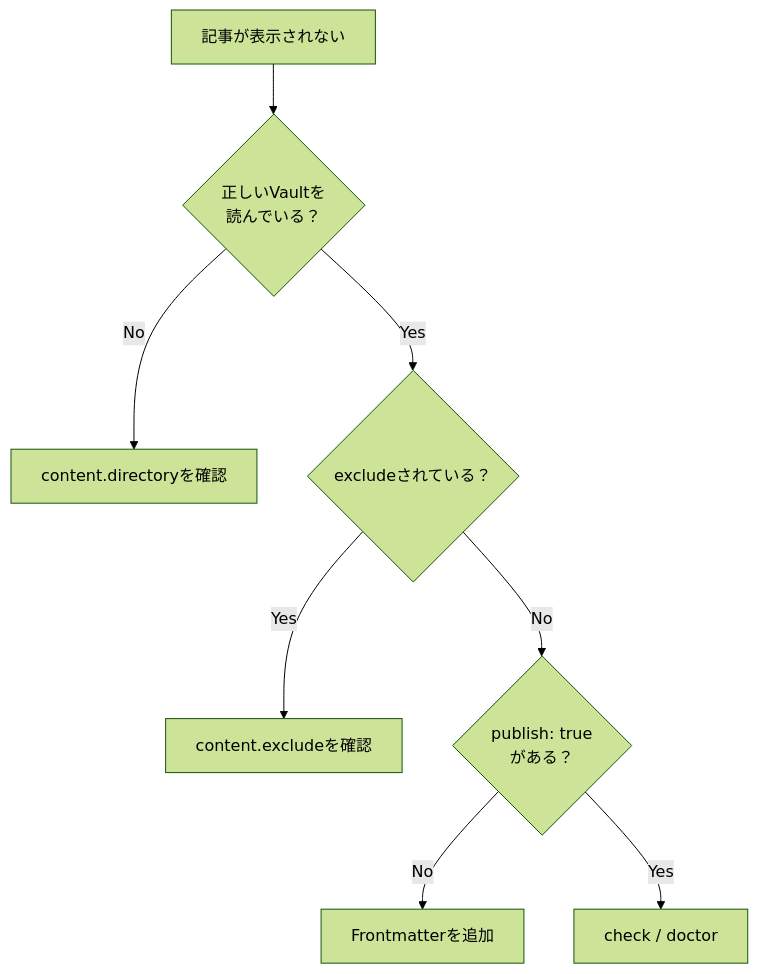
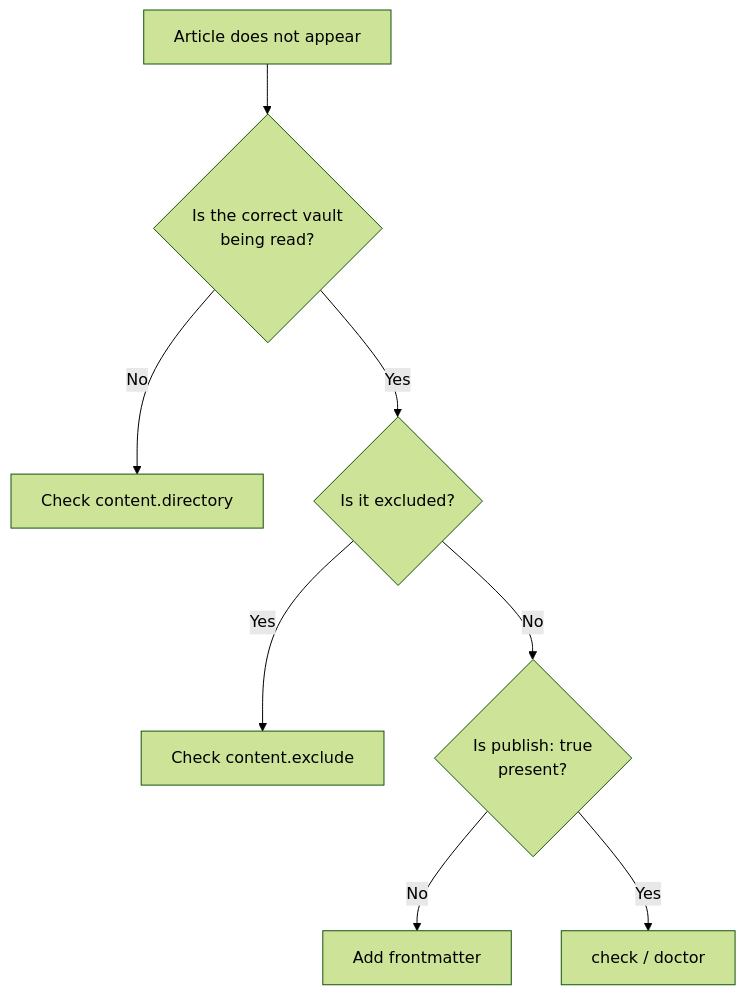
The sixth of 7 diagrams in docs/docs/guides/obsidian.md (Rerurate514/riebeckite), drawn with Mermaid (forest theme) before and after one commit. The commit also changed other lines of this file and 604 other files, not shown here.

````diff
--- a/docs/docs/guides/obsidian.md
+++ b/docs/docs/guides/obsidian.md
@@ -497,15 +477,15 @@
-```mermaid id="b5j2z0"
+```mermaid
 flowchart TD
-    Start["記事が表示されない"]
+    Start["Article does not appear"]
 
-    Start --> Dir{"正しいVaultを<br/>読んでいる？"}
+    Start --> Dir{"Is the correct vault<br/>being read?"}
 
-    Dir -->|No| Config["content.directoryを確認"]
-    Dir -->|Yes| Excluded{"excludeされている？"}
+    Dir -->|No| Config["Check content.directory"]
+    Dir -->|Yes| Excluded{"Is it excluded?"}
 
-    Excluded -->|Yes| Exclude["content.excludeを確認"]
-    Excluded -->|No| Publish{"publish: true<br/>がある？"}
+    Excluded -->|Yes| Exclude["Check content.exclude"]
+    Excluded -->|No| Publish{"Is publish: true<br/>present?"}
 
-    Publish -->|No| Frontmatter["Frontmatterを追加"]
+    Publish -->|No| Frontmatter["Add frontmatter"]
     Publish -->|Yes| Diagnose["check / doctor"]
 ```
````
